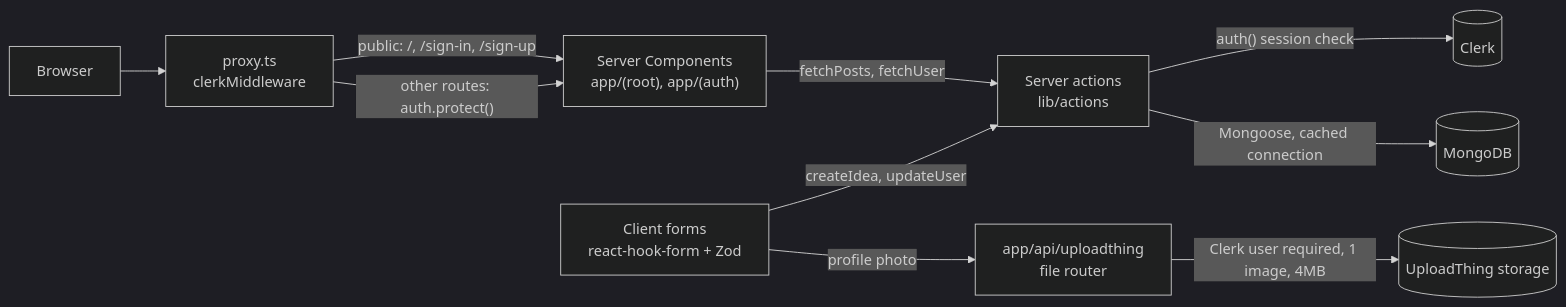
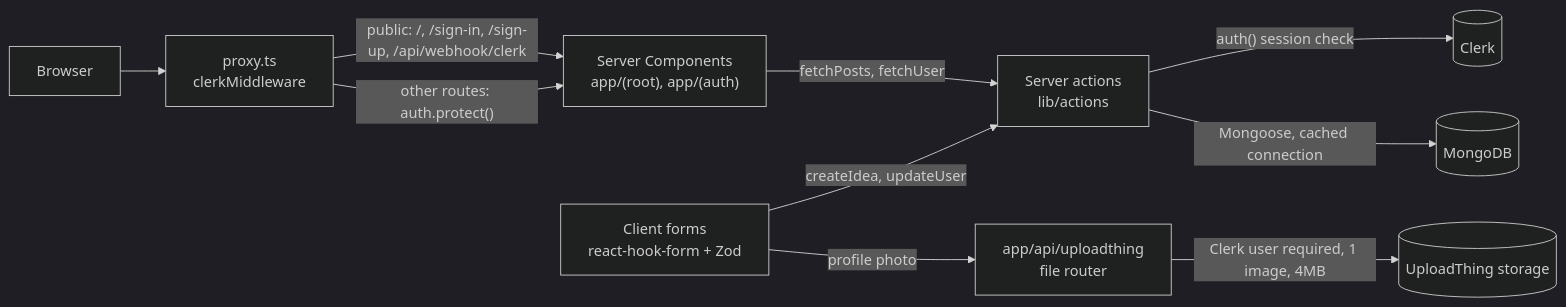
One commit to Sagargupta16/brainstorm-verse changed the diagram in README.md. Above: the diagram before and after it, drawn with Mermaid (dark theme). The commit also changed other lines of this file and 2 other files, not shown here.

Commit message:
docs: list every public route and dead link, soften unverified ci claim

````diff
--- a/README.md
+++ b/README.md
@@ -37,12 +37,12 @@
 ```mermaid
 flowchart LR
   B["Browser"] --> P["proxy.ts<br/>clerkMiddleware"]
-  P -->|"public: /, /sign-in, /sign-up"| RSC["Server Components<br/>app/(root), app/(auth)"]
+  P -->|"public: /, /sign-in, /sign-up, /api/webhook/clerk"| RSC["Server Components<br/>app/(root), app/(auth)"]
   P -->|"other routes: auth.protect()"| RSC
   RSC -->|"fetchPosts, fetchUser"| SA["Server actions<br/>lib/actions"]
   F["Client forms<br/>react-hook-form + Zod"] -->|"createIdea, updateUser"| SA
   SA -->|"auth() session check"| CL[("Clerk")]
   SA -->|"Mongoose, cached connection"| DB[("MongoDB")]
   F -->|"profile photo"| UT["app/api/uploadthing<br/>file router"]
   UT -->|"Clerk user required, 1 image, 4MB"| UTS[("UploadThing storage")]
 ```
````
